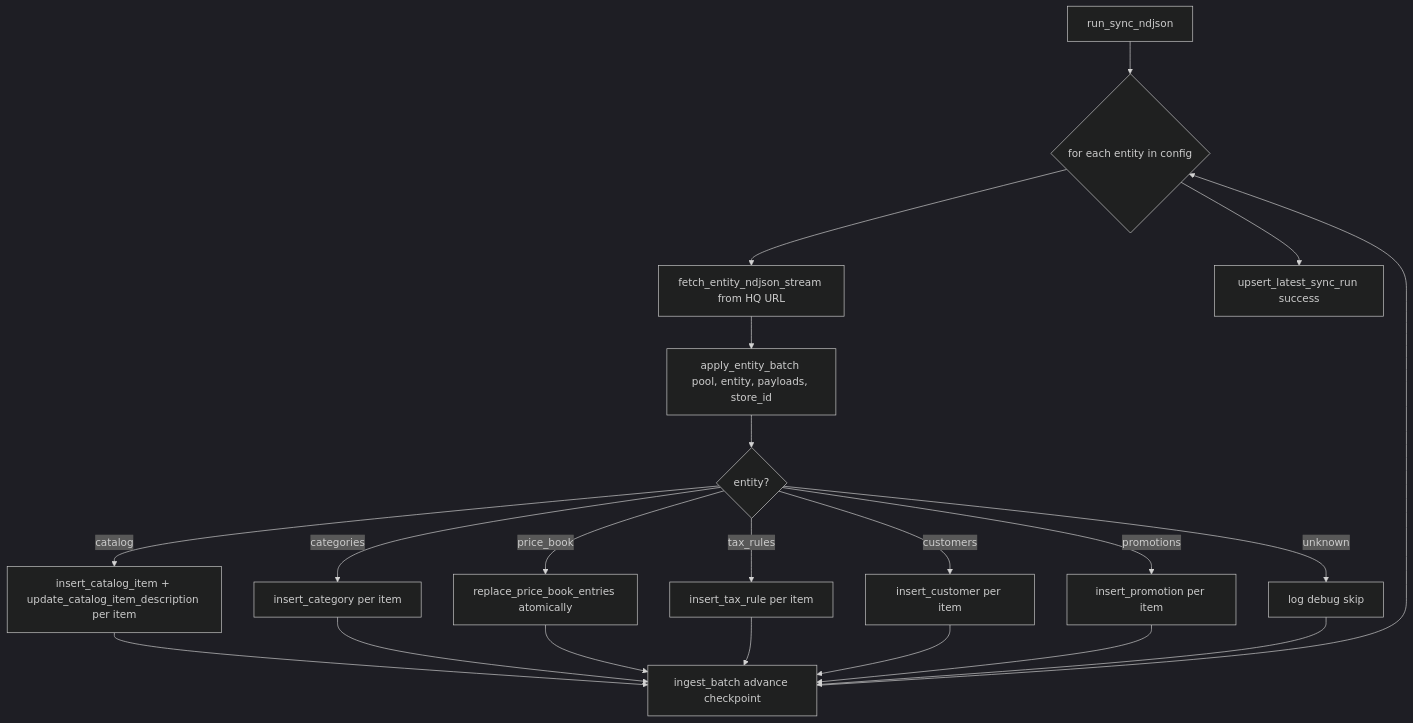
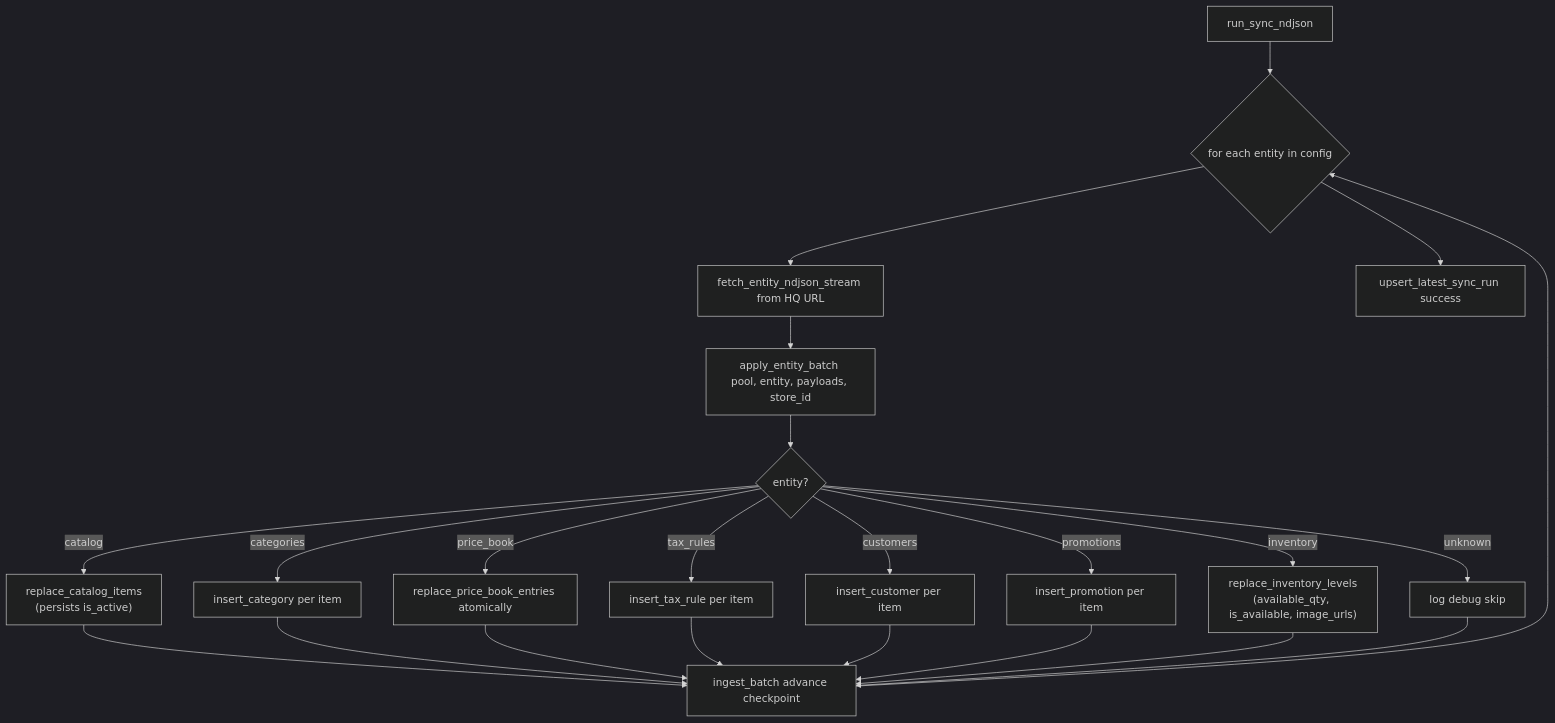
One commit to AncientiCe/apex-edge changed the seventh of 13 diagrams in docs/architecture/README.md. Above: the diagram before and after it, drawn with Mermaid (dark theme). The commit also changed other lines of this file and 26 other files, not shown here.

````diff
--- a/docs/architecture/README.md
+++ b/docs/architecture/README.md
@@ -224,23 +226,25 @@
 ```mermaid
 flowchart TB
     RunSync[run_sync_ndjson] --> ForEntity{for each entity in config}
     ForEntity --> Fetch[fetch_entity_ndjson_stream from HQ URL]
     Fetch --> Apply[apply_entity_batch pool, entity, payloads, store_id]
     Apply --> EntitySwitch{entity?}
-    EntitySwitch -->|catalog| InsertCatalogItems[insert_catalog_item + update_catalog_item_description per item]
+    EntitySwitch -->|catalog| InsertCatalogItems["replace_catalog_items\n(persists is_active)"]
     EntitySwitch -->|categories| InsertCategory[insert_category per item]
     EntitySwitch -->|price_book| ReplacePriceBook[replace_price_book_entries atomically]
     EntitySwitch -->|tax_rules| InsertTaxRule[insert_tax_rule per item]
     EntitySwitch -->|customers| InsertCustomer[insert_customer per item]
     EntitySwitch -->|promotions| InsertPromotion[insert_promotion per item]
+    EntitySwitch -->|inventory| ReplaceInventory["replace_inventory_levels\n(available_qty, is_available, image_urls)"]
     EntitySwitch -->|unknown| SkipLog[log debug skip]
     InsertCatalogItems --> Ingest[ingest_batch advance checkpoint]
     InsertCategory --> Ingest
     ReplacePriceBook --> Ingest
     InsertTaxRule --> Ingest
     InsertCustomer --> Ingest
     InsertPromotion --> Ingest
+    ReplaceInventory --> Ingest
     SkipLog --> Ingest
     Ingest --> ForEntity
     ForEntity --> UpdateStatus[upsert_latest_sync_run success]
 ```
````
